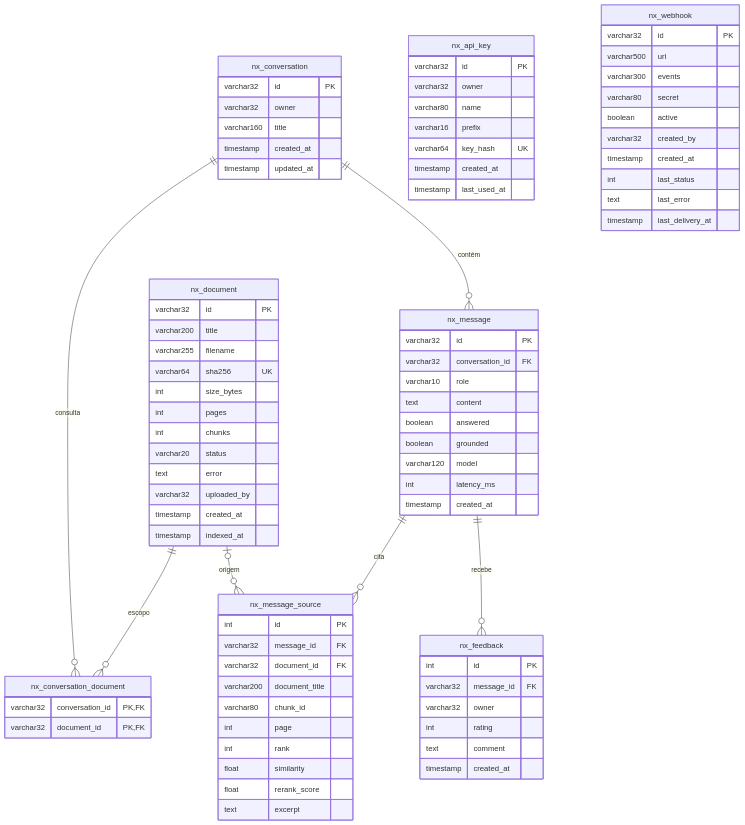
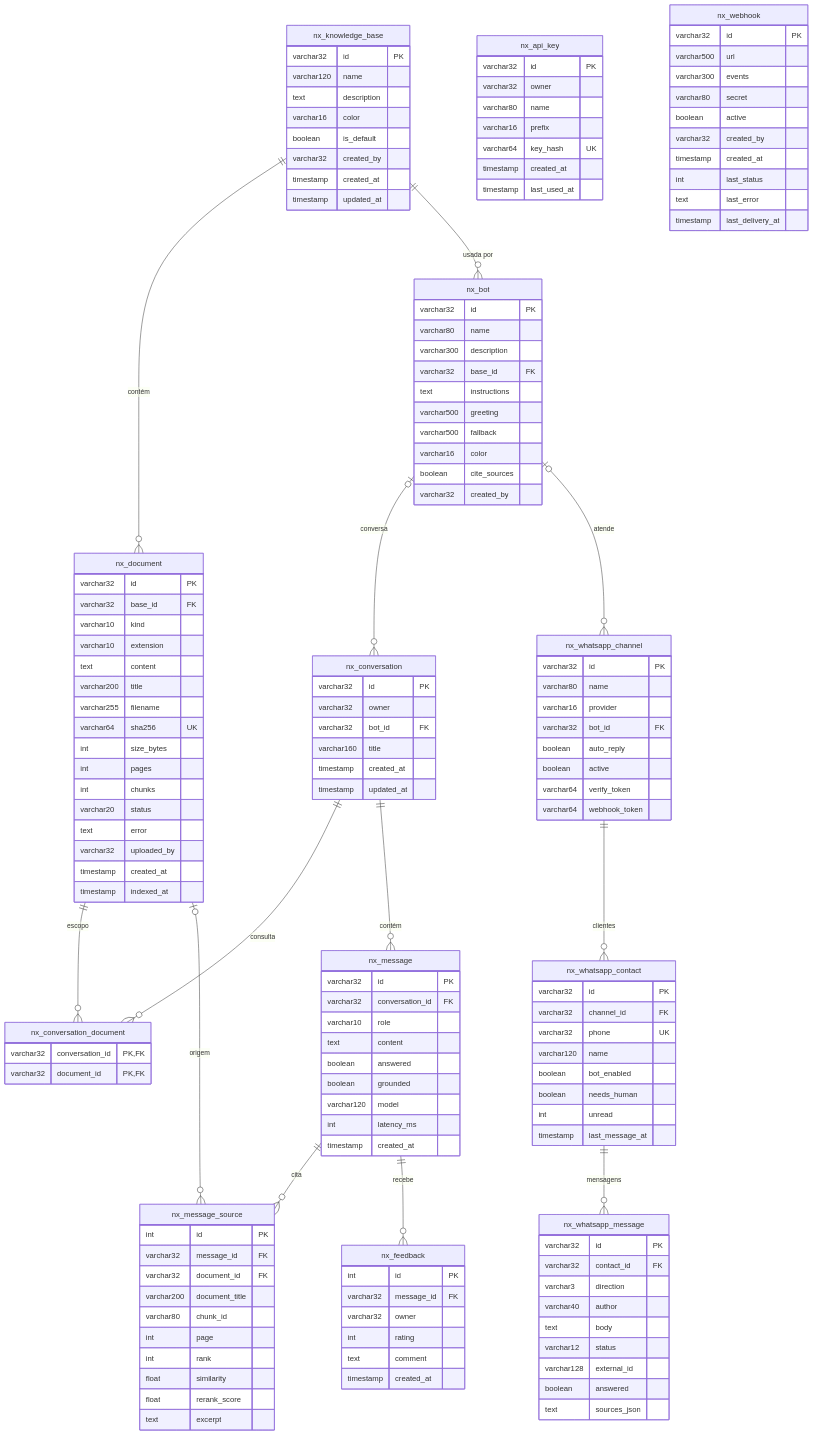
The diagram in docs/banco-de-dados.md (ravelroot/Retrieval-Augmented-QA-System), drawn with Mermaid before and after one commit. The commit also changed other lines of this file and 71 other files, not shown here.

````diff
--- a/docs/banco-de-dados.md
+++ b/docs/banco-de-dados.md
@@ -15,5 +15,11 @@
 ```mermaid
 erDiagram
+    nx_knowledge_base ||--o{ nx_document : "contém"
+    nx_knowledge_base ||--o{ nx_bot : "usada por"
+    nx_bot |o--o{ nx_conversation : "conversa"
+    nx_bot |o--o{ nx_whatsapp_channel : "atende"
+    nx_whatsapp_channel ||--o{ nx_whatsapp_contact : "clientes"
+    nx_whatsapp_contact ||--o{ nx_whatsapp_message : "mensagens"
     nx_document ||--o{ nx_conversation_document : "escopo"
     nx_conversation ||--o{ nx_conversation_document : "consulta"
     nx_conversation ||--o{ nx_message : "contém"
@@ -21,8 +27,65 @@
     nx_document |o--o{ nx_message_source : "origem"
     nx_message ||--o{ nx_feedback : "recebe"
 
+    nx_knowledge_base {
+        varchar32 id PK
+        varchar120 name
+        text description
+        varchar16 color
+        boolean is_default
+        varchar32 created_by
+        timestamp created_at
+        timestamp updated_at
+    }
+    nx_bot {
+        varchar32 id PK
+        varchar80 name
+        varchar300 description
+        varchar32 base_id FK
+        text instructions
+        varchar500 greeting
+        varchar500 fallback
+        varchar16 color
+        boolean cite_sources
+        varchar32 created_by
+    }
+    nx_whatsapp_channel {
+        varchar32 id PK
+        varchar80 name
+        varchar16 provider
+        varchar32 bot_id FK
+        boolean auto_reply
+        boolean active
+        varchar64 verify_token
+        varchar64 webhook_token
+    }
+    nx_whatsapp_contact {
+        varchar32 id PK
+        varchar32 channel_id FK
+        varchar32 phone UK
+        varchar120 name
+        boolean bot_enabled
+        boolean needs_human
+        int unread
+        timestamp last_message_at
+    }
+    nx_whatsapp_message {
+        varchar32 id PK
+        varchar32 contact_id FK
+        varchar3 direction
+        varchar40 author
+        text body
+        varchar12 status
+        varchar128 external_id
+        boolean answered
+        text sources_json
+    }
     nx_document {
         varchar32 id PK
+        varchar32 base_id FK
+        varchar10 kind
+        varchar10 extension
+        text content
         varchar200 title
         varchar255 filename
         varchar64 sha256 UK
@@ -38,6 +101,7 @@
     nx_conversation {
         varchar32 id PK
         varchar32 owner
+        varchar32 bot_id FK
         varchar160 title
         timestamp created_at
         timestamp updated_at
````
